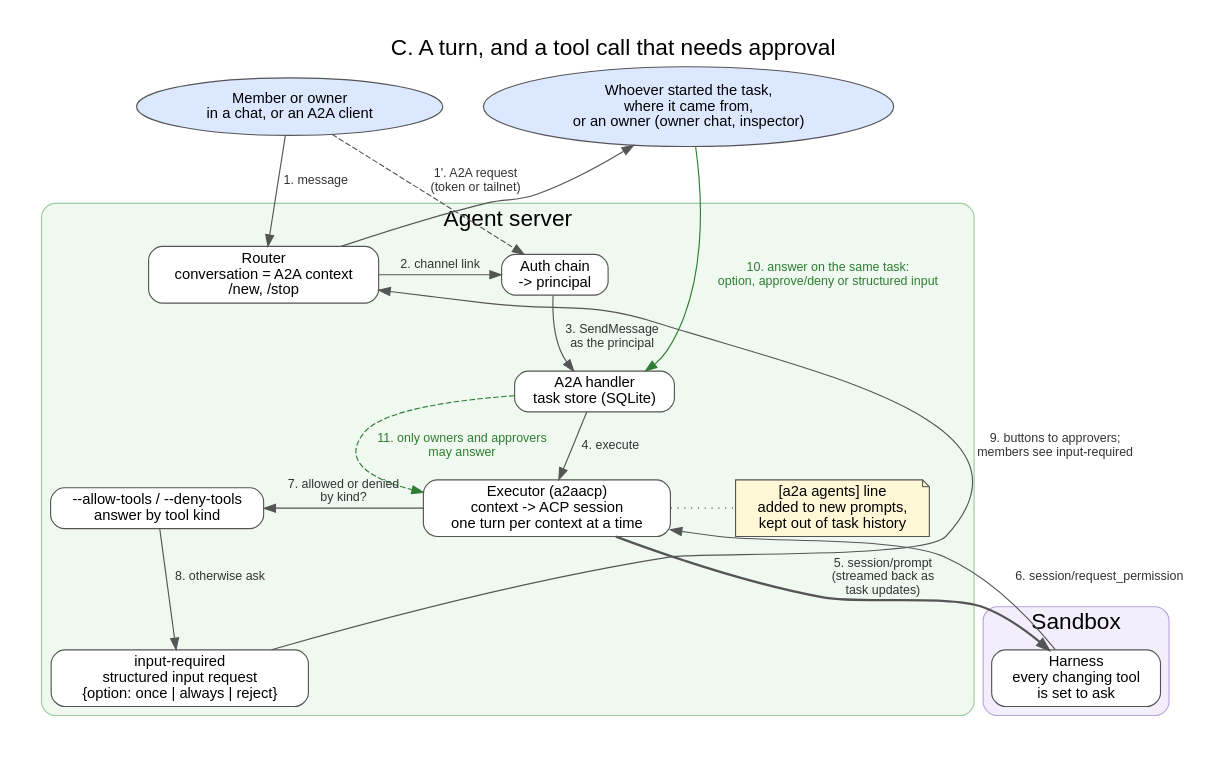
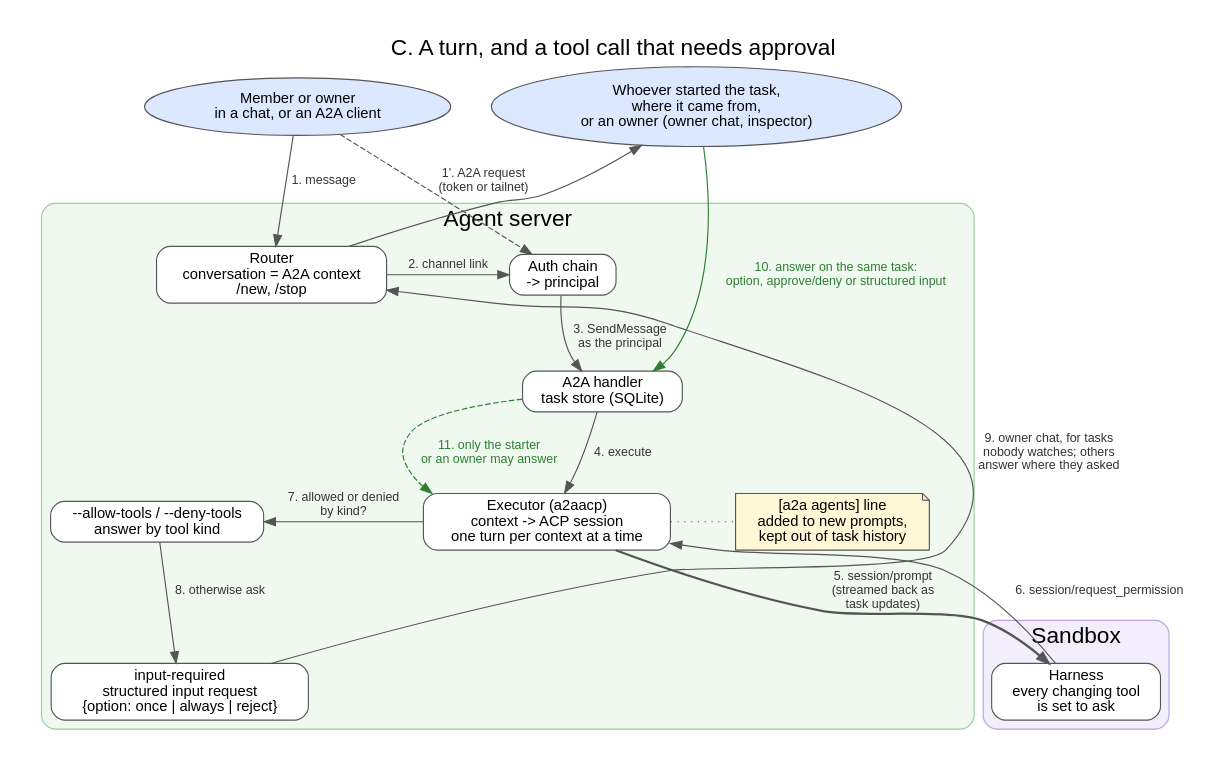
One commit to a2aproject/a2a-serve changed the diagram in docs/graphs/agent-server-turn.dot. Above: the diagram before and after it, drawn with Graphviz. The commit also changed 24 other files, not shown here.

```diff
--- a/docs/graphs/agent-server-turn.dot
+++ b/docs/graphs/agent-server-turn.dot
@@ -1,50 +1,50 @@
 // C. One turn: a message from a chat or an A2A client becomes an ACP prompt,
 // and a tool call that changes something waits for an approver.
 // Render: dot -Tpng -Gdpi=110 agent-server-turn.dot -o agent-server-turn.png
 digraph agent_server_turn {
   rankdir=TB;
   graph [fontname="Helvetica", nodesep=0.4, ranksep=0.5, pad=0.3, newrank=true,
          label="C. A turn, and a tool call that needs approval", labelloc=t, fontsize=20];
   node  [fontname="Helvetica", fontsize=13, shape=box, style="rounded,filled", fillcolor="#ffffff", color="#555555"];
   edge  [fontname="Helvetica", fontsize=11, color="#555555", fontcolor="#333333"];
 
   { rank=same;
     User     [label="Member or owner\nin a chat, or an A2A client", shape=ellipse, fillcolor="#dbe8ff"];
     Approver [label="Whoever started the task,\nwhere it came from,\nor an owner (owner chat, inspector)", shape=ellipse, fillcolor="#dbe8ff"];
   }
 
   subgraph cluster_server {
     label="Agent server"; style="rounded,filled"; fillcolor="#f0f9f0"; color="#9ccc9c";
     { rank=same;
       Router  [label="Router\nconversation = A2A context\n/new, /stop"];
       Auth    [label="Auth chain\n-> principal"];
     }
     Handler [label="A2A handler\ntask store (SQLite)"];
     { rank=same;
       Rules   [label="--allow-tools / --deny-tools\nanswer by tool kind"];
       Exec    [label="Executor (a2aacp)\ncontext -> ACP session\none turn per context at a time"];
       Line    [label="[a2a agents] line\nadded to new prompts,\nkept out of task history", shape=note, fillcolor="#fff7d6"];
     }
     Hitl    [label="input-required\nstructured input request\n{option: once | always | reject}"];
   }
 
   subgraph cluster_sandbox {
     label="Sandbox"; style="rounded,filled"; fillcolor="#f3eefb"; color="#b9a4dd";
     Harness [label="Harness\nevery changing tool\nis set to ask"];
   }
 
   User -> Router   [label="1. message"];
   User -> Auth     [label="1'. A2A request\n(token or tailnet)", style=dashed];
   Router -> Auth   [label="2. channel link"];
   Auth -> Handler  [label="3. SendMessage\nas the principal"];
   Handler -> Exec  [label="4. execute"];
   Exec -> Line     [style=dotted, dir=none];
   Exec -> Harness  [label="5. session/prompt\n(streamed back as\ntask updates)", style=bold];
   Harness -> Exec  [label="6. session/request_permission"];
   Exec -> Rules    [label="7. allowed or denied\nby kind?"];
   Rules -> Hitl    [label="8. otherwise ask"];
-  Hitl -> Router   [label="9. buttons to approvers;\nmembers see input-required", constraint=false];
+  Hitl -> Router   [label="9. owner chat, for tasks\nnobody watches; others\nanswer where they asked", constraint=false];
   Router -> Approver [constraint=false];
   Approver -> Handler [label="10. answer on the same task:\noption, approve/deny or structured input", color="#2e7d32", fontcolor="#2e7d32"];
-  Handler -> Exec  [label="11. only owners and approvers\nmay answer", style=dashed, color="#2e7d32", fontcolor="#2e7d32"];
+  Handler -> Exec  [label="11. only the starter\nor an owner may answer", style=dashed, color="#2e7d32", fontcolor="#2e7d32"];
 }
```
